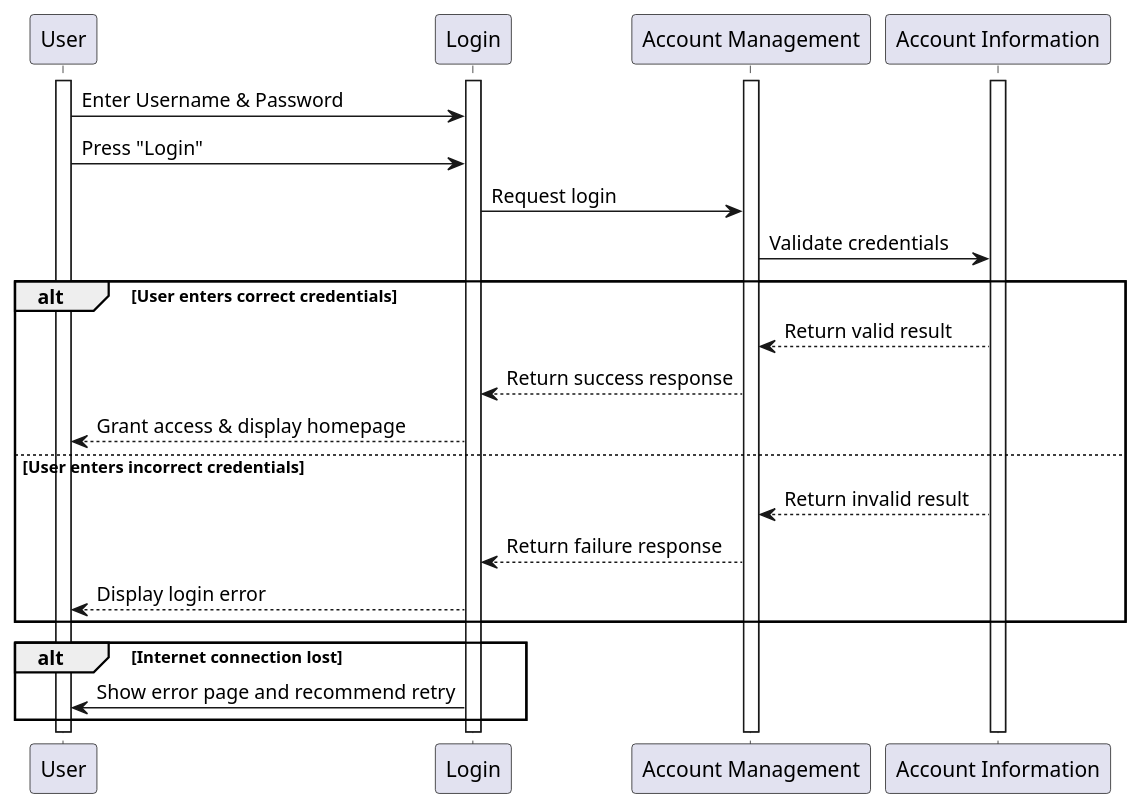
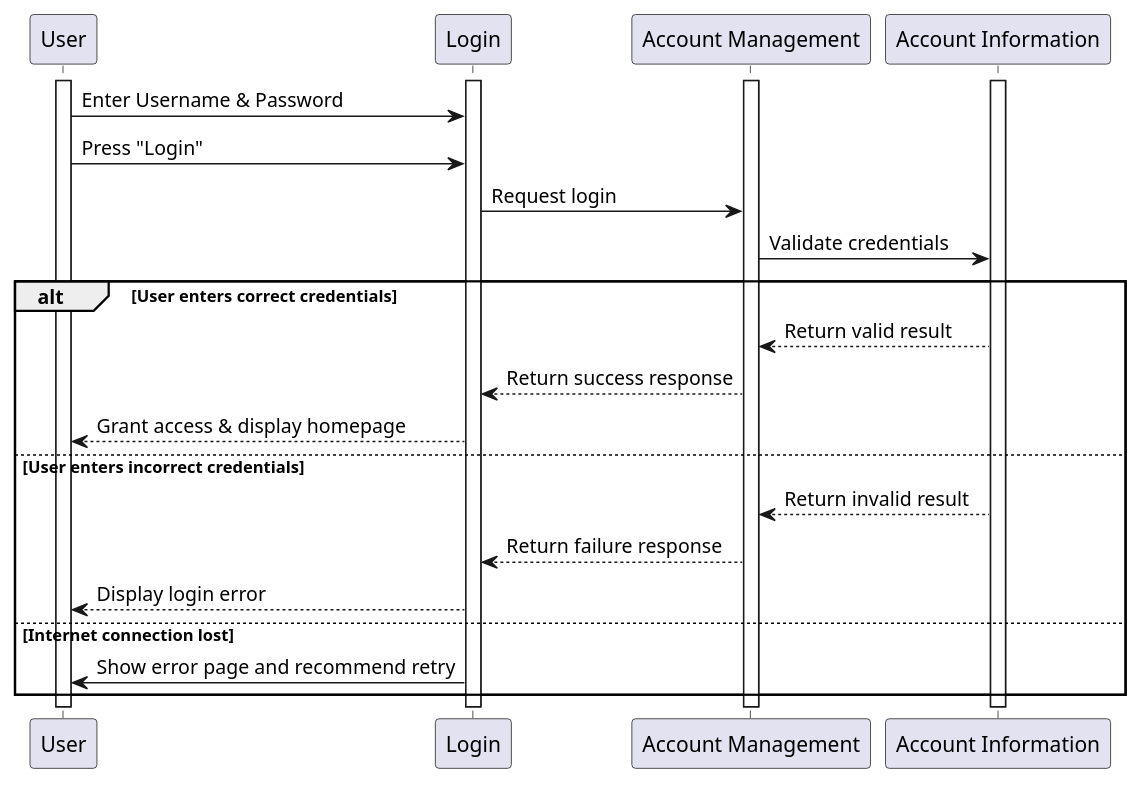
One commit to AhsanM71/SFWRENG-3A04-D1 changed the diagram in PUML/BE9.puml. Above: the diagram before and after it, drawn with PlantUML. The commit also changed 13 other files, not shown here.

Commit message:
updated sequence diagrams

```diff
--- a/PUML/BE9.puml
+++ b/PUML/BE9.puml
@@ -1,32 +1,30 @@
 @startuml be9
 
 participant User
 participant "Login"
 participant "Account Management"
 participant "Account Information"
 
 activate User
 activate "Login"
 activate "Account Management"
 activate "Account Information"
 
 User -> "Login": Enter Username & Password
 User -> "Login": Press "Login"
 "Login" -> "Account Management": Request login
 "Account Management" -> "Account Information": Validate credentials
 
 alt User enters correct credentials
     "Account Information" --> "Account Management": Return valid result
     "Account Management" --> "Login": Return success response
     "Login" --> User: Grant access & display homepage
 else User enters incorrect credentials
     "Account Information" --> "Account Management": Return invalid result
     "Account Management" --> "Login": Return failure response
     "Login" --> User: Display login error
-end
-
-alt Internet connection lost
+else Internet connection lost
     "Login" -> User: Show error page and recommend retry
 end
 
 @enduml
```
